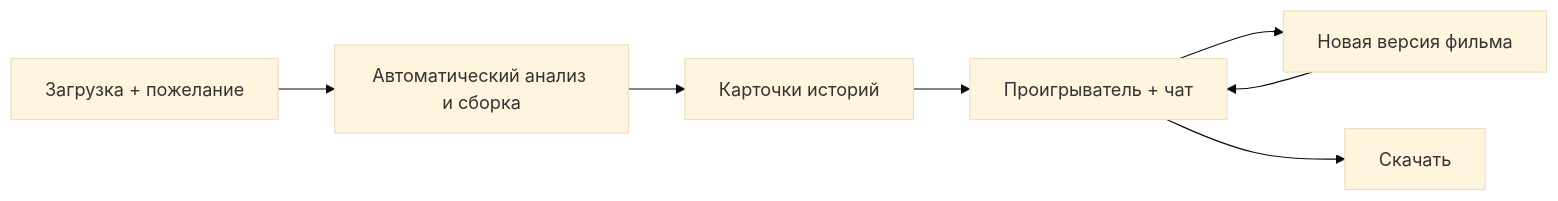
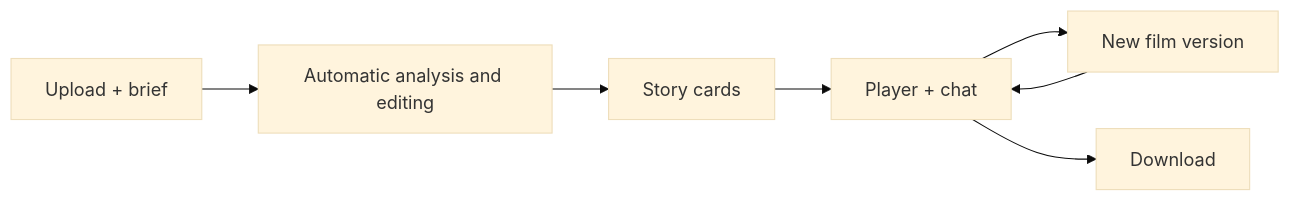
The first of 3 diagrams in docs/architecture.md (Chaapa/VMerger), drawn with Mermaid (base theme) before and after one commit. The commit also changed other lines of this file and 10 other files, not shown here.

````diff
--- a/docs/architecture.md
+++ b/docs/architecture.md
@@ -23,9 +23,9 @@
 ```mermaid
 flowchart LR
-    A["Загрузка + пожелание"] --> B["Автоматический анализ и сборка"]
-    B --> C["Карточки историй"]
-    C --> D["Проигрыватель + чат"]
-    D --> E["Новая версия фильма"]
+    A["Upload + brief"] --> B["Automatic analysis and editing"]
+    B --> C["Story cards"]
+    C --> D["Player + chat"]
+    D --> E["New film version"]
     E --> D
-    D --> F["Скачать"]
+    D --> F["Download"]
 ```
````
